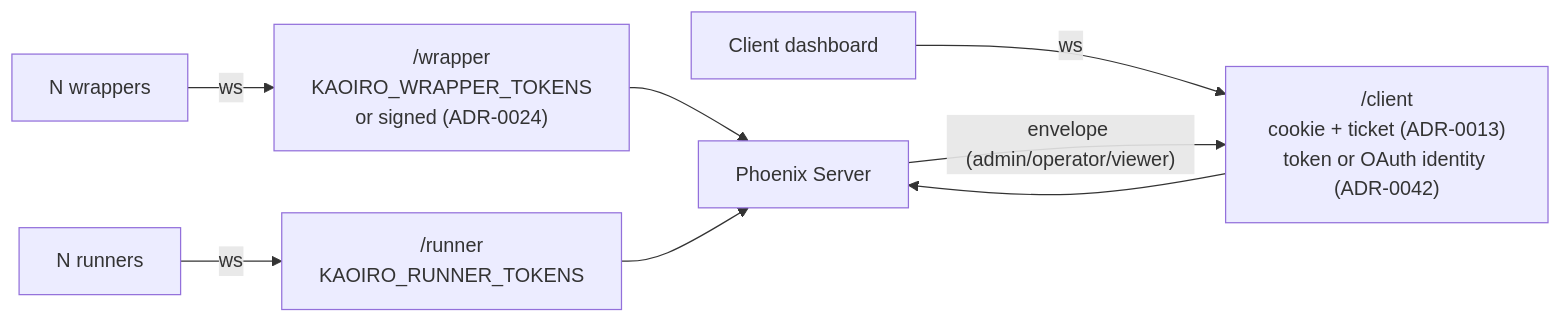
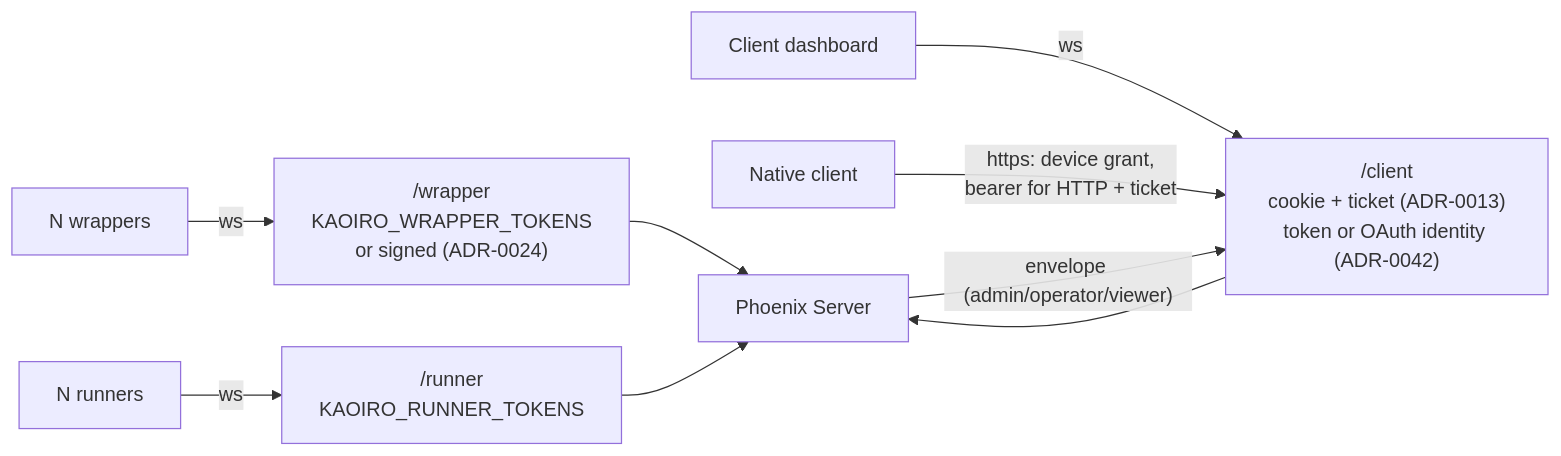
Before and after one commit to sakuraiyuta/kaoiro: the diagram in docs/architecture/security-boundaries.md, drawn with Mermaid. The commit also changed other lines of this file and 8 other files, not shown here.

First line of the commit message:
docs: document the device authorization grant

````diff
--- a/docs/architecture/security-boundaries.md
+++ b/docs/architecture/security-boundaries.md
@@ -26,10 +26,11 @@
 ```mermaid
 flowchart LR
   W["N wrappers"] -->|ws| WS["/wrapper<br/>KAOIRO_WRAPPER_TOKENS<br/>or signed (ADR-0024)"]
   R["N runners"] -->|ws| RS["/runner<br/>KAOIRO_RUNNER_TOKENS"]
   C[Client dashboard] -->|ws| CS["/client<br/>cookie + ticket (ADR-0013)<br/>token or OAuth identity (ADR-0042)"]
+  NC[Native client] -->|"https: device grant,<br/>bearer for HTTP + ticket"| CS
   WS --> SRV[Phoenix Server]
   RS --> SRV
   CS --> SRV
   SRV -->|"envelope (admin/operator/viewer)"| CS
 ```
````
